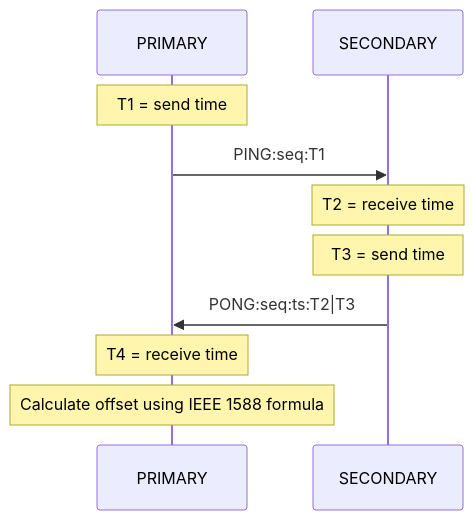
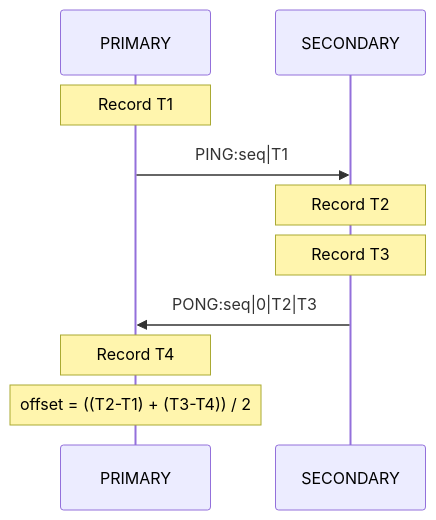
Before and after one commit to BlueBuzzah/BlueBuzzah2-Firmware: the second of 5 diagrams in docs/SYNCHRONIZATION_PROTOCOL.md, drawn with Mermaid. The commit also changed other lines of this file and 17 other files, not shown here.

````diff
--- a/docs/SYNCHRONIZATION_PROTOCOL.md
+++ b/docs/SYNCHRONIZATION_PROTOCOL.md
@@ -451,15 +88,15 @@
 ```mermaid
 sequenceDiagram
     participant P as PRIMARY
     participant S as SECONDARY
 
-    Note over P: T1 = send time
-    P->>S: PING:seq:T1
-    Note over S: T2 = receive time
+    Note over P: Record T1
+    P->>S: PING:seq|T1
+    Note over S: Record T2
 
-    Note over S: T3 = send time
-    S->>P: PONG:seq:ts:T2|T3
-    Note over P: T4 = receive time
+    Note over S: Record T3
+    S->>P: PONG:seq|0|T2|T3
+    Note over P: Record T4
 
-    Note over P: Calculate offset using IEEE 1588 formula
+    Note over P: offset = ((T2-T1) + (T3-T4)) / 2
 ```
````
